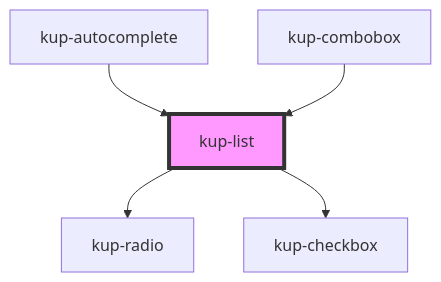
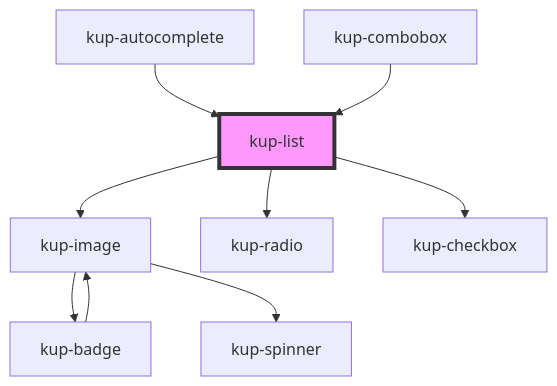
The diagram in packages/ketchup/src/components/kup-list/readme.md (smeup/ketchup), drawn with Mermaid before and after one commit. The commit also changed other lines of this file and 16 other files, not shown here.

Commit message:
Fixes to image in list and showcase integration.

````diff
--- a/packages/ketchup/src/components/kup-list/readme.md
+++ b/packages/ketchup/src/components/kup-list/readme.md
@@ -60,8 +62,12 @@
 ```mermaid
 graph TD;
+  kup-list --> kup-image
   kup-list --> kup-radio
   kup-list --> kup-checkbox
+  kup-image --> kup-badge
+  kup-image --> kup-spinner
+  kup-badge --> kup-image
   kup-autocomplete --> kup-list
   kup-combobox --> kup-list
   style kup-list fill:#f9f,stroke:#333,stroke-width:4px
 ```
````
